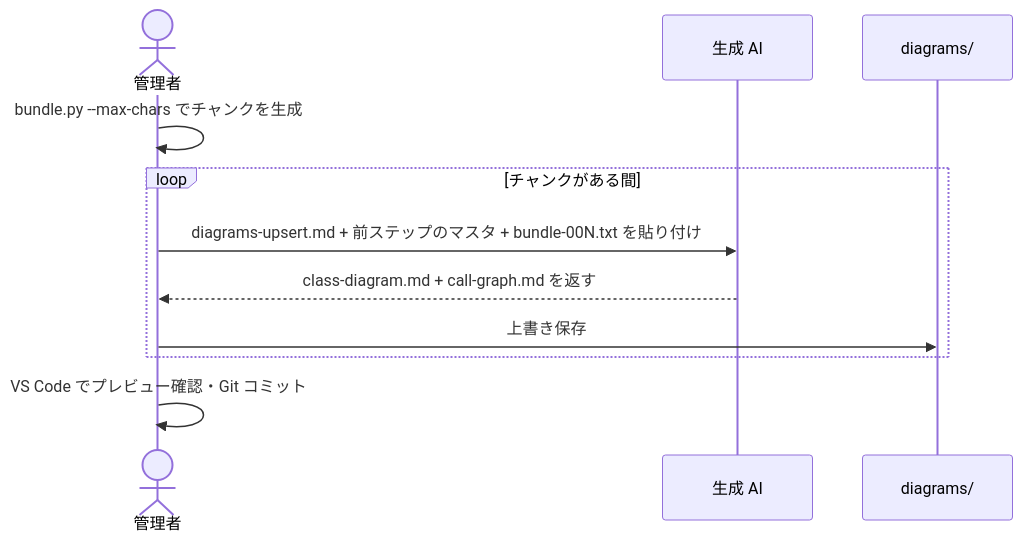
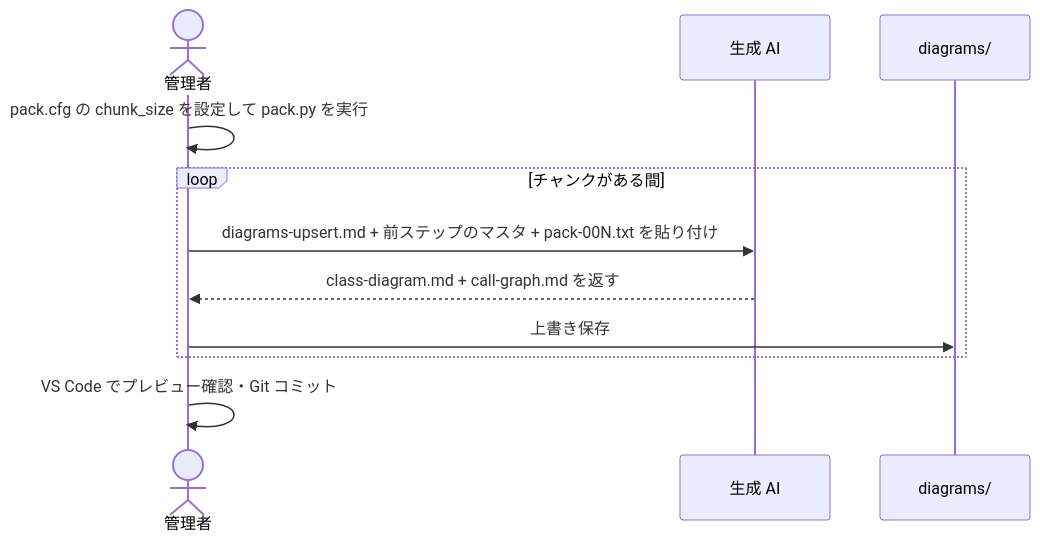
Before and after one commit to yasuhiro112358/ai-agent-toolkit: the diagram in prompts/diagram-keeper/docs/how-to/update-with-chunks.md, drawn with Mermaid. The commit also changed other lines of this file and 17 other files, not shown here.

First line of the commit message:
feat(diagram-keeper): replace bundle.py with pack.py and pack.cfg

````diff
--- a/prompts/diagram-keeper/docs/how-to/update-with-chunks.md
+++ b/prompts/diagram-keeper/docs/how-to/update-with-chunks.md
@@ -11,14 +11,14 @@
 ```mermaid
 sequenceDiagram
     actor 管理者
     participant AI as 生成 AI
     participant Repo as diagrams/
 
-    管理者->>管理者: bundle.py --max-chars でチャンクを生成
+    管理者->>管理者: pack.cfg の chunk_size を設定して pack.py を実行
     loop チャンクがある間
-        管理者->>AI: diagrams-upsert.md + 前ステップのマスタ + bundle-00N.txt を貼り付け
+        管理者->>AI: diagrams-upsert.md + 前ステップのマスタ + pack-00N.txt を貼り付け
         AI-->>管理者: class-diagram.md + call-graph.md を返す
         管理者->>Repo: 上書き保存
     end
     管理者->>管理者: VS Code でプレビュー確認・Git コミット
 ```
````
